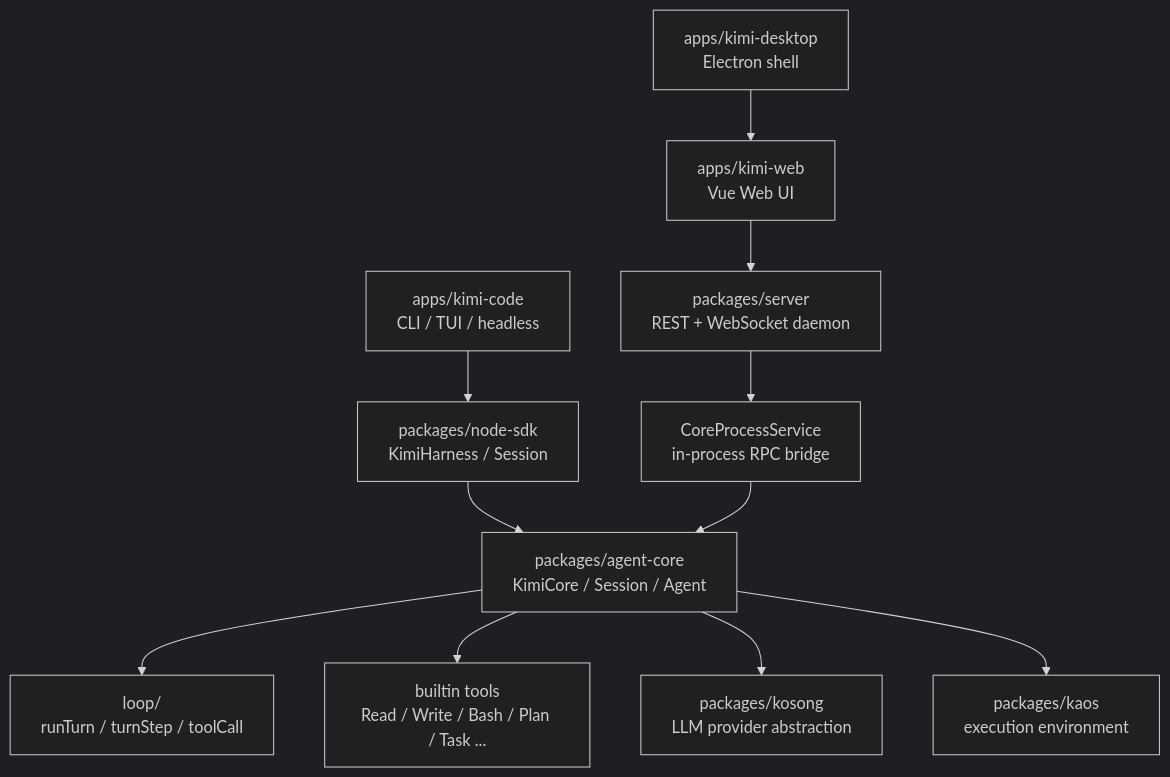
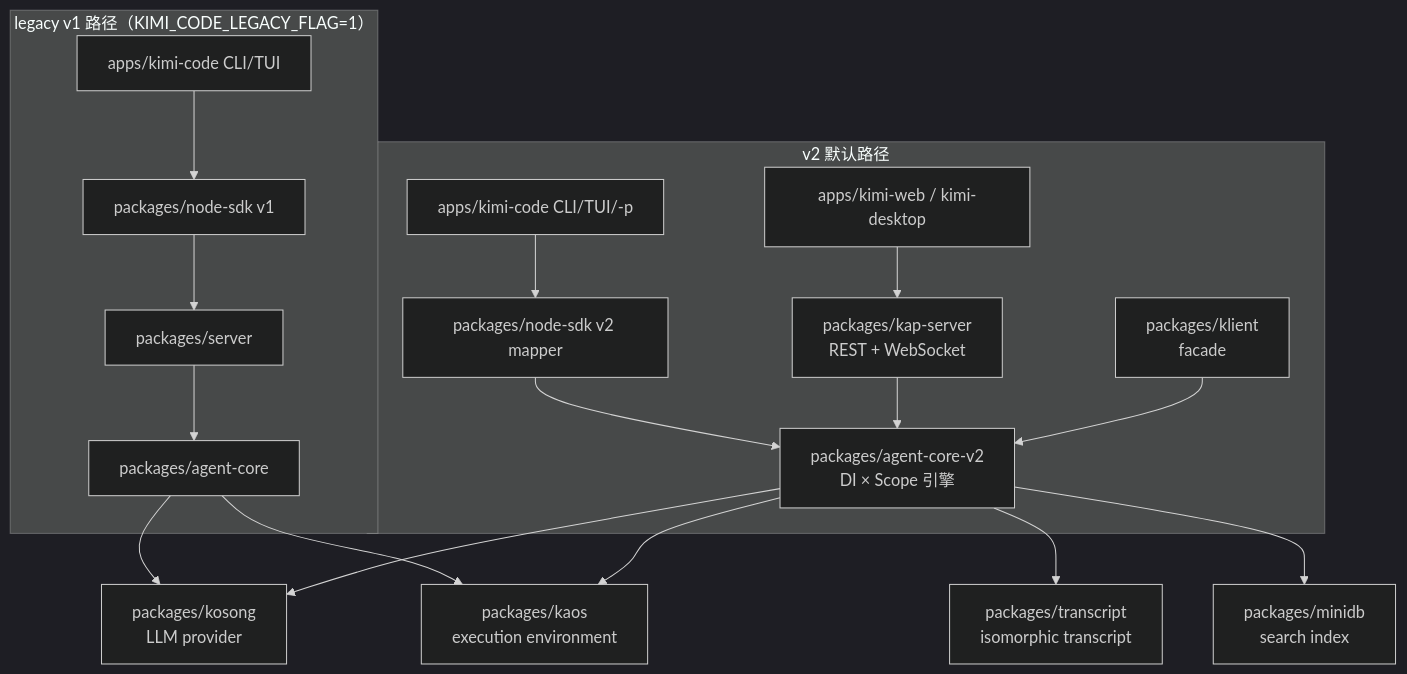
Before and after one commit to shuishenghualalala/agents-under-the-hood: the diagram in how-kimi-code-works/README.md, drawn with Mermaid (dark theme). The commit also changed other lines of this file and 9 other files, not shown here.

Commit message:
docs: sync kimi-code teardown with c3a2ef0ce and add agent-core-v2 overview

````diff
--- a/how-kimi-code-works/README.md
+++ b/how-kimi-code-works/README.md
@@ -26,13 +34,23 @@
 ```mermaid
 flowchart TD
-  CLI["apps/kimi-code<br/>CLI / TUI / headless"] --> SDK["packages/node-sdk<br/>KimiHarness / Session"]
-  Web["apps/kimi-web<br/>Vue Web UI"] --> Server["packages/server<br/>REST + WebSocket daemon"]
-  Desktop["apps/kimi-desktop<br/>Electron shell"] --> Web
-  Server --> CoreSvc["CoreProcessService<br/>in-process RPC bridge"]
-  SDK --> Core["packages/agent-core<br/>KimiCore / Session / Agent"]
-  CoreSvc --> Core
-  Core --> Loop["loop/<br/>runTurn / turnStep / toolCall"]
-  Core --> Tools["builtin tools<br/>Read / Write / Bash / Plan / Task ..."]
-  Core --> LLM["packages/kosong<br/>LLM provider abstraction"]
-  Core --> Kaos["packages/kaos<br/>execution environment"]
+  subgraph v1["legacy v1 路径（KIMI_CODE_LEGACY_FLAG=1）"]
+    CLI1["apps/kimi-code CLI/TUI"] --> SDK1["packages/node-sdk v1"]
+    SDK1 --> Server1["packages/server"]
+    Server1 --> Core1["packages/agent-core"]
+  end
+
+  subgraph v2["v2 默认路径"]
+    CLI2["apps/kimi-code CLI/TUI/-p"] --> SDK2["packages/node-sdk v2 mapper"]
+    SDK2 --> V2Core["packages/agent-core-v2<br/>DI × Scope 引擎"]
+    Web2["apps/kimi-web / kimi-desktop"] --> Kap["packages/kap-server<br/>REST + WebSocket"]
+    Kap --> V2Core
+    Klient["packages/klient<br/>facade"] --> V2Core
+  end
+
+  V2Core --> Transcript["packages/transcript<br/>isomorphic transcript"]
+  V2Core --> MiniDb["packages/minidb<br/>search index"]
+  Core1 --> Kosong["packages/kosong<br/>LLM provider"]
+  V2Core --> Kosong
+  Core1 --> Kaos["packages/kaos<br/>execution environment"]
+  V2Core --> Kaos
 ```
````
